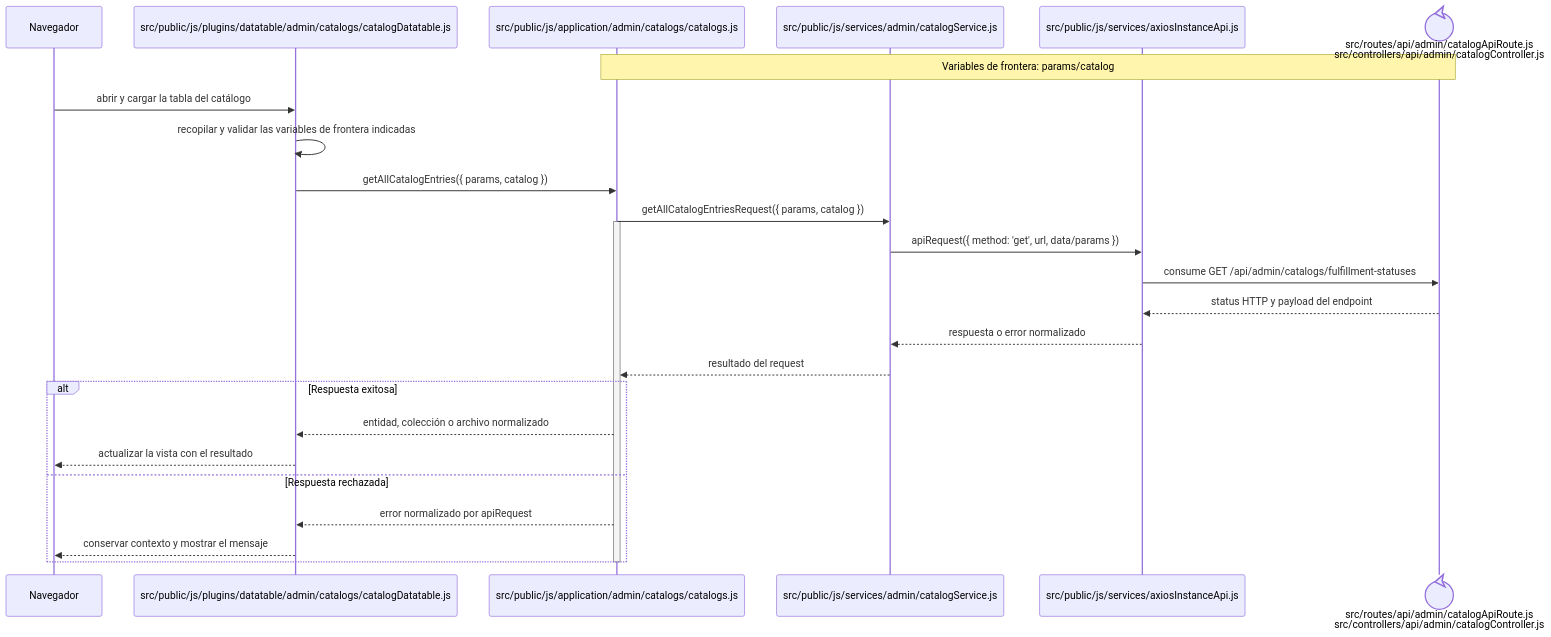
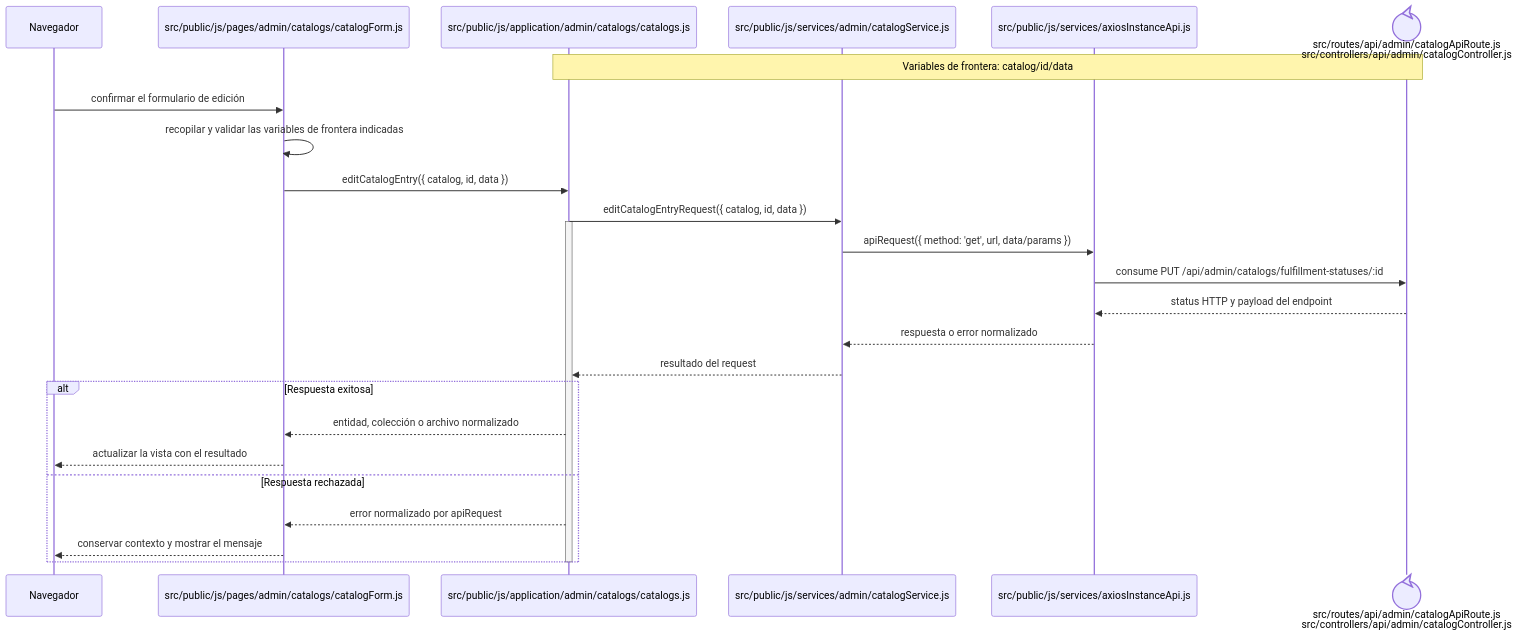
The diagram in docs/architecture/frontend-code-sequences/catalogs/cu-cat-42.md (gpgsistemas01/nexus), drawn with Mermaid before and after one commit. The commit also changed other lines of this file and 207 other files, not shown here.

````diff
--- a/docs/architecture/frontend-code-sequences/catalogs/cu-cat-42.md
+++ b/docs/architecture/frontend-code-sequences/catalogs/cu-cat-42.md
@@ -6,29 +6,29 @@
 ```mermaid
 sequenceDiagram
     participant Browser as Navegador
-    participant View as src/public/js/plugins/datatable/admin/catalogs/catalogDatatable.js
+    participant View as src/public/js/pages/admin/catalogs/catalogForm.js
     participant Application as src/public/js/application/admin/catalogs/catalogs.js
     participant Request as src/public/js/services/admin/catalogService.js
     participant HTTP as src/public/js/services/axiosInstanceApi.js
     participant Transport@{ "type": "control" } as src/routes/api/admin/catalogApiRoute.js<br/>src/controllers/api/admin/catalogController.js
-    Note over Application,Transport: Variables de frontera: params/catalog
+    Note over Application,Transport: Variables de frontera: catalog/id/data
 
-    Browser->>View: abrir y cargar la tabla del catálogo
+    Browser->>View: confirmar el formulario de edición
     View->>View: recopilar y validar las variables de frontera indicadas
-    View->>Application: getAllCatalogEntries({ params, catalog })
-    Application->>Request: getAllCatalogEntriesRequest({ params, catalog })
+    View->>Application: editCatalogEntry({ catalog, id, data })
+    Application->>Request: editCatalogEntryRequest({ catalog, id, data })
     activate Application
     Request->>HTTP: apiRequest({ method: 'get', url, data/params })
-    HTTP->>Transport: consume GET /api/admin/catalogs/fulfillment-statuses
+    HTTP->>Transport: consume PUT /api/admin/catalogs/fulfillment-statuses/:id
     Transport-->>HTTP: status HTTP y payload del endpoint
     HTTP-->>Request: respuesta o error normalizado
     Request-->>Application: resultado del request
     alt Respuesta exitosa
         Application-->>View: entidad, colección o archivo normalizado
         View-->>Browser: actualizar la vista con el resultado
     else Respuesta rechazada
         Application-->>View: error normalizado por apiRequest
         View-->>Browser: conservar contexto y mostrar el mensaje
     end
     deactivate Application
 ```
````
